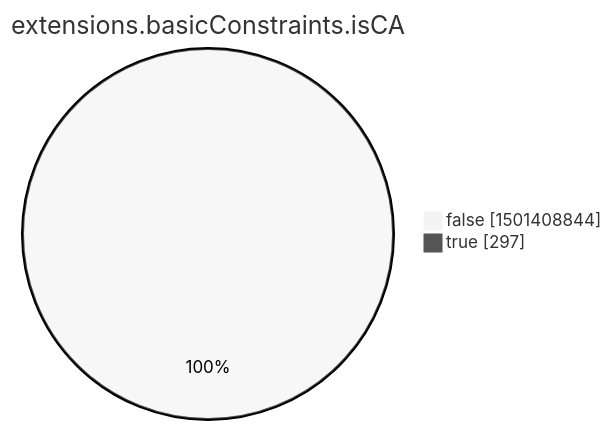
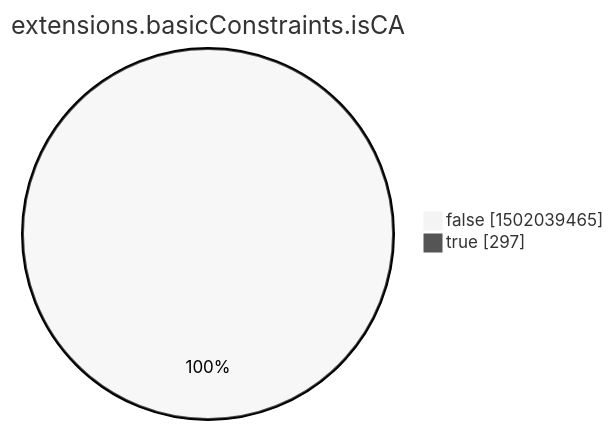
The eighth of 15 diagrams in argon2022/README.md (christiankrug/ctmonitor_visualization), drawn with Mermaid (neutral theme) before and after one commit. The commit also changed other lines of this file, not shown here.

````diff
--- a/argon2022/README.md
+++ b/argon2022/README.md
@@ -2760,6 +2760,6 @@
 ```mermaid
 pie showData
 title extensions.basicConstraints.isCA
-"false" :1501408844
+"false" :1502039465
 "true" :297
 ```
````
